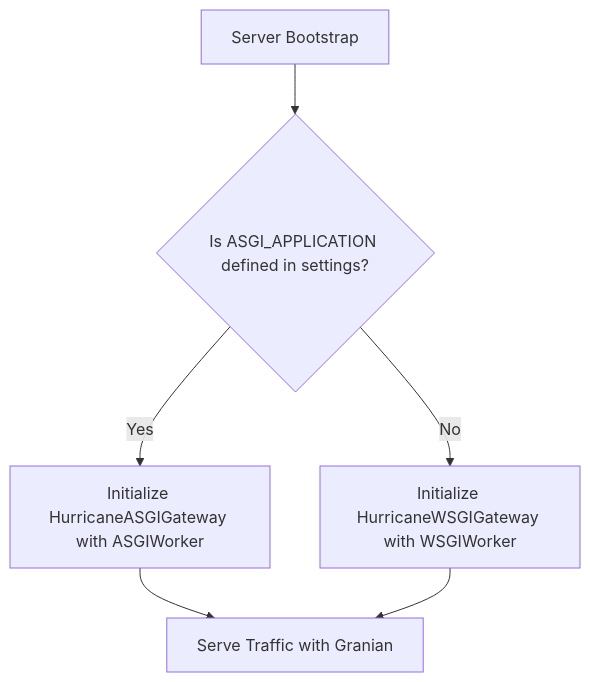
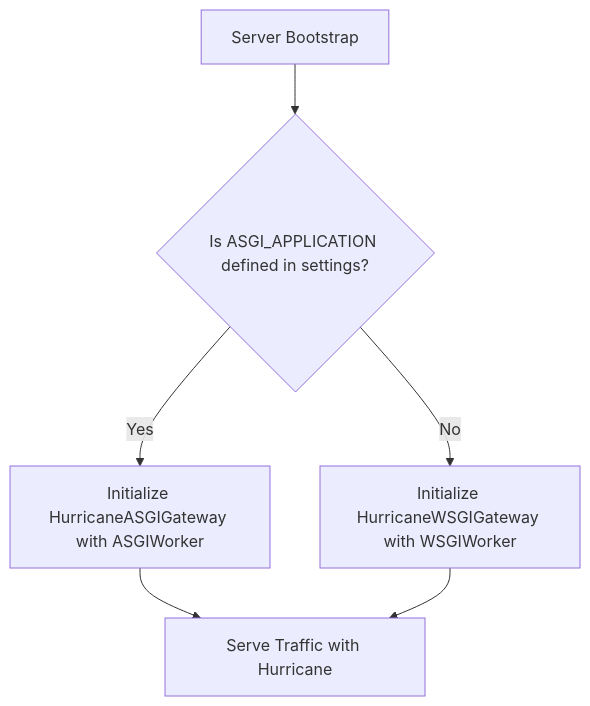
One commit to django-hurricane/django-hurricane changed the second of 2 diagrams in docs/content/3.concepts/2.rust-engine.md. Above: the diagram before and after it, drawn with Mermaid. The commit also changed other lines of this file and 8 other files, not shown here.

````diff
--- a/docs/content/3.concepts/2.rust-engine.md
+++ b/docs/content/3.concepts/2.rust-engine.md
@@ -56,8 +56,8 @@
 ```mermaid
 graph TD
     Start[Server Bootstrap] --> Check{Is ASGI_APPLICATION defined in settings?}
     Check -- Yes --> InitASGI[Initialize HurricaneASGIGateway with ASGIWorker]
     Check -- No --> InitWSGI[Initialize HurricaneWSGIGateway with WSGIWorker]
-    InitASGI --> Serve[Serve Traffic with Granian]
+    InitASGI --> Serve[Serve Traffic with Hurricane]
     InitWSGI --> Serve
 ```
````
